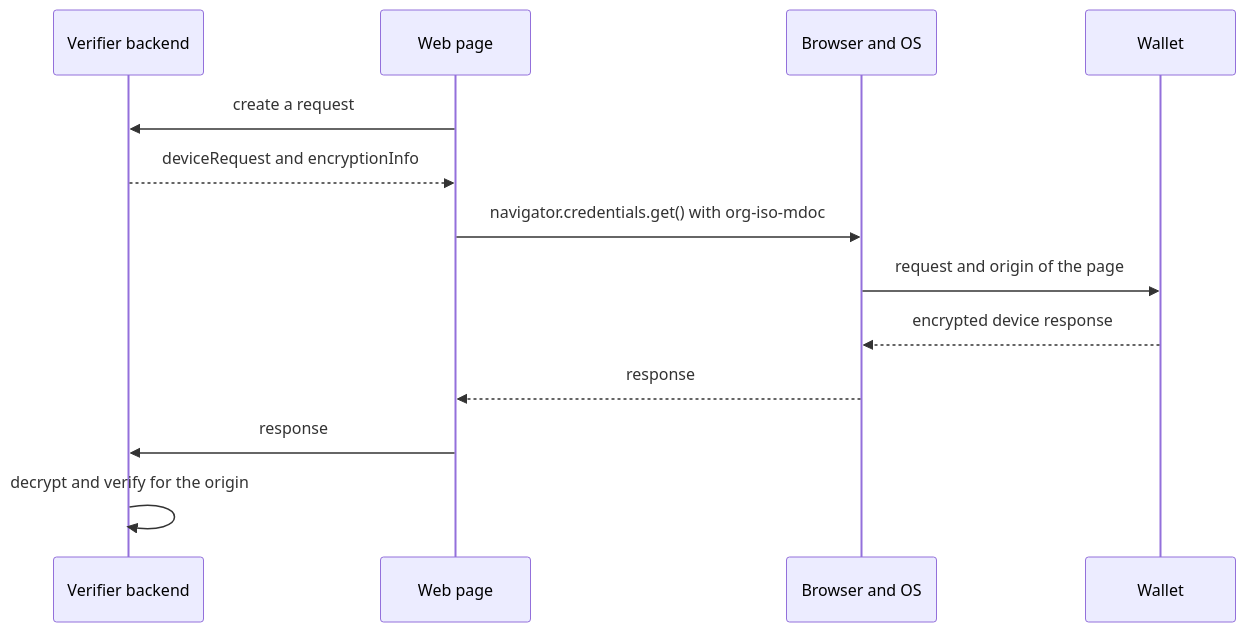
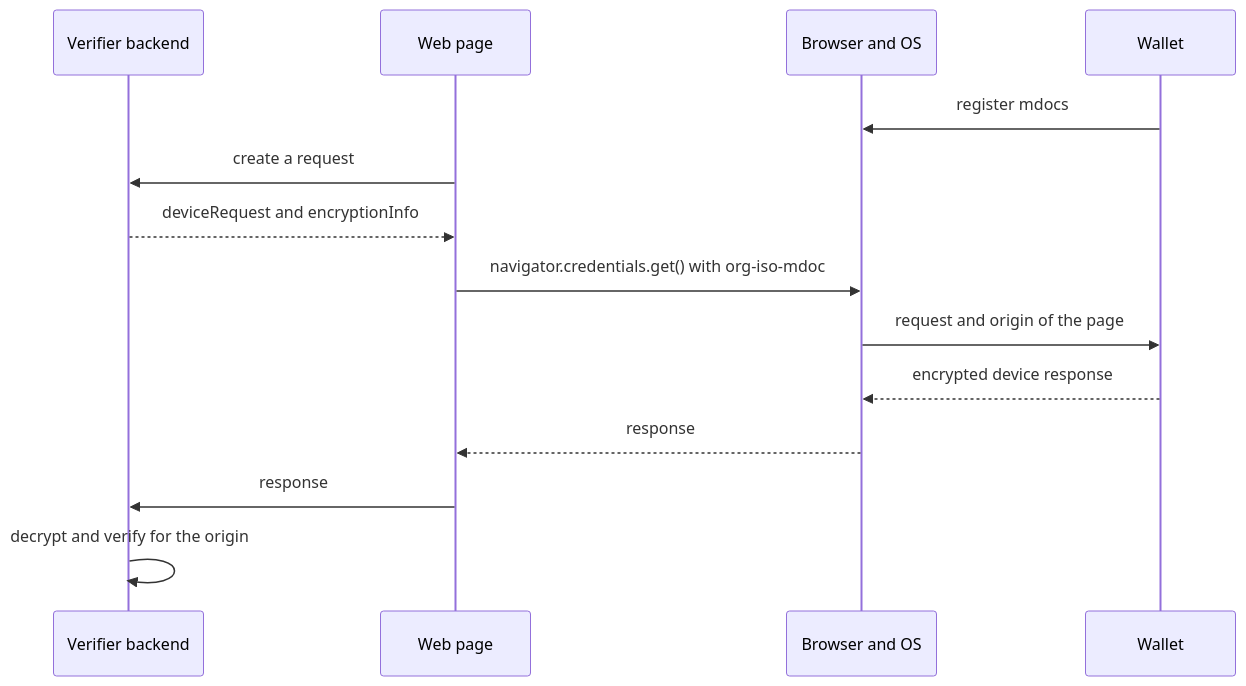
Before and after one commit to openwallet-foundation/credo-ts-docs: the diagram in guides/protocols/mdoc/dc-api.mdx, drawn with Mermaid. The commit also changed other lines of this file and 37 other files, not shown here.

````diff
--- a/guides/protocols/mdoc/dc-api.mdx
+++ b/guides/protocols/mdoc/dc-api.mdx
@@ -10,15 +10,16 @@
 ```mermaid
 sequenceDiagram
   participant Backend as Verifier backend
   participant Page as Web page
   participant Browser as Browser and OS
   participant Wallet
+  Wallet->>Browser: register mdocs
   Page->>Backend: create a request
   Backend-->>Page: deviceRequest and encryptionInfo
   Page->>Browser: navigator.credentials.get() with org-iso-mdoc
   Browser->>Wallet: request and origin of the page
   Wallet-->>Browser: encrypted device response
   Browser-->>Page: response
   Page->>Backend: response
   Backend->>Backend: decrypt and verify for the origin
 ```
````
